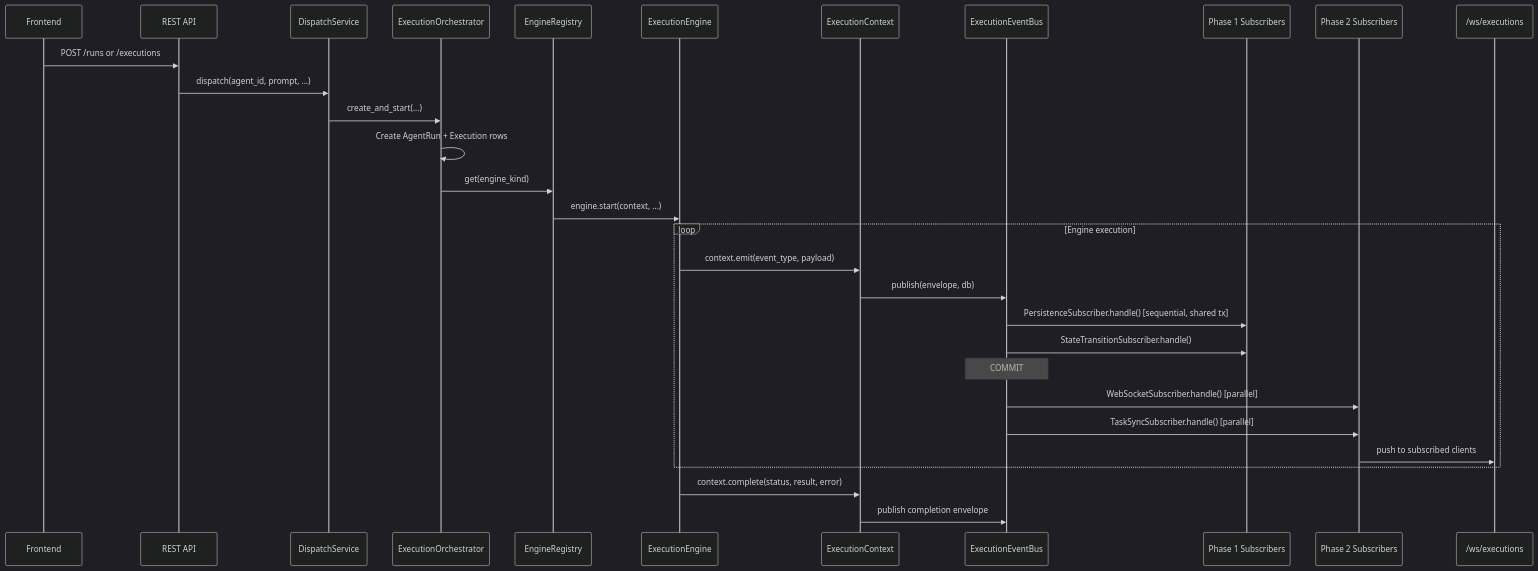
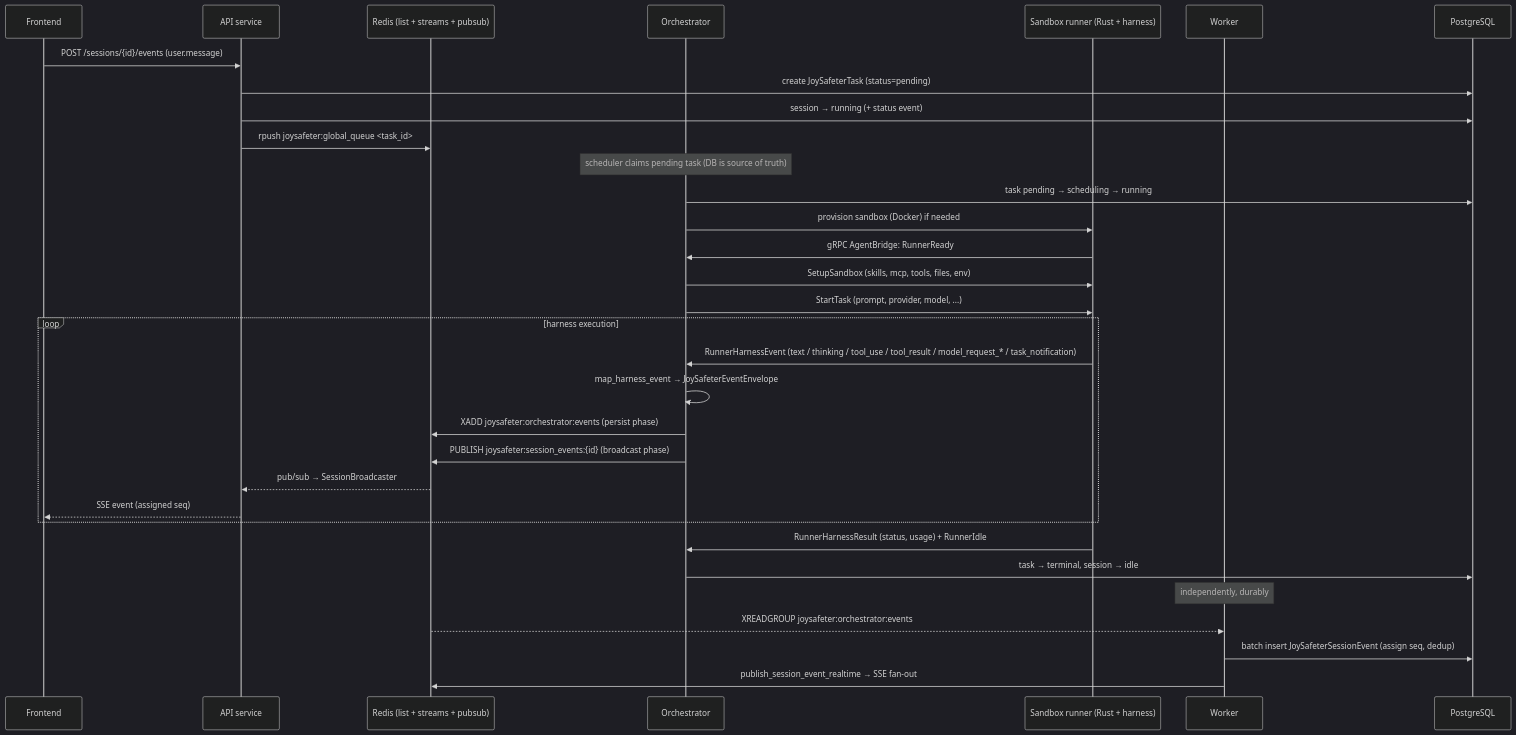
One commit to jd-opensource/JoySafeter changed the second of 2 diagrams in docs/ARCHITECTURE.md. Above: the diagram before and after it, drawn with Mermaid (dark theme). The commit also changed other lines of this file and 2 other files, not shown here.

First line of the commit message:
feat(docs): add unified event model architecture diagram

````diff
--- a/docs/ARCHITECTURE.md
+++ b/docs/ARCHITECTURE.md
@@ -334,35 +100,39 @@
 ```mermaid
 sequenceDiagram
     participant FE as Frontend
-    participant API as REST API
-    participant DS as DispatchService
-    participant EO as ExecutionOrchestrator
-    participant ER as EngineRegistry
-    participant ENG as ExecutionEngine
-    participant CTX as ExecutionContext
-    participant BUS as ExecutionEventBus
-    participant P1 as Phase 1 Subscribers
-    participant P2 as Phase 2 Subscribers
-    participant WS as /ws/executions
+    participant API as API service
+    participant Q as Redis (list + streams + pubsub)
+    participant ORCH as Orchestrator
+    participant RUN as Sandbox runner (Rust + harness)
+    participant WK as Worker
+    participant PG as PostgreSQL
 
-    FE->>API: POST /runs or /executions
-    API->>DS: dispatch(agent_id, prompt, ...)
-    DS->>EO: create_and_start(...)
-    EO->>EO: Create AgentRun + Execution rows
-    EO->>ER: get(engine_kind)
-    ER->>ENG: engine.start(context, ...)
+    FE->>API: POST /sessions/{id}/events (user.message)
+    API->>PG: create JoySafeterTask (status=pending)
+    API->>PG: session → running (+ status event)
+    API->>Q: rpush joysafeter:global_queue <task_id>
 
-    loop Engine execution
-        ENG->>CTX: context.emit(event_type, payload)
-        CTX->>BUS: publish(envelope, db)
-        BUS->>P1: PersistenceSubscriber.handle() [sequential, shared tx]
-        BUS->>P1: StateTransitionSubscriber.handle()
-        Note over BUS: COMMIT
-        BUS->>P2: WebSocketSubscriber.handle() [parallel]
-        BUS->>P2: TaskSyncSubscriber.handle() [parallel]
-        P2->>WS: push to subscribed clients
+    Note over ORCH: scheduler claims pending task (DB is source of truth)
+    ORCH->>PG: task pending → scheduling → running
+    ORCH->>RUN: provision sandbox (Docker) if needed
+    RUN->>ORCH: gRPC AgentBridge: RunnerReady
+    ORCH->>RUN: SetupSandbox (skills, mcp, tools, files, env)
+    ORCH->>RUN: StartTask (prompt, provider, model, ...)
+
+    loop harness execution
+        RUN->>ORCH: RunnerHarnessEvent (text / thinking / tool_use / tool_result / model_request_* / task_notification)
+        ORCH->>ORCH: map_harness_event → JoySafeterEventEnvelope
+        ORCH->>Q: XADD joysafeter:orchestrator:events (persist phase)
+        ORCH->>Q: PUBLISH joysafeter:session_events:{id} (broadcast phase)
+        Q-->>API: pub/sub → SessionBroadcaster
+        API-->>FE: SSE event (assigned seq)
     end
 
-    ENG->>CTX: context.complete(status, result, error)
-    CTX->>BUS: publish completion envelope
+    RUN->>ORCH: RunnerHarnessResult (status, usage) + RunnerIdle
+    ORCH->>PG: task → terminal, session → idle
+
+    Note over WK: independently, durably
+    Q-->>WK: XREADGROUP joysafeter:orchestrator:events
+    WK->>PG: batch insert JoySafeterSessionEvent (assign seq, dedup)
+    WK->>Q: publish_session_event_realtime → SSE fan-out
 ```
````
